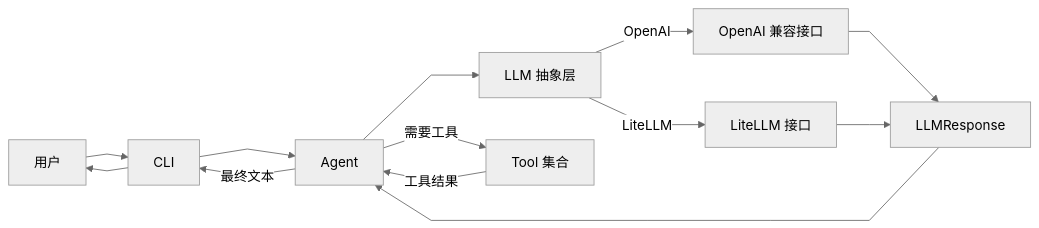
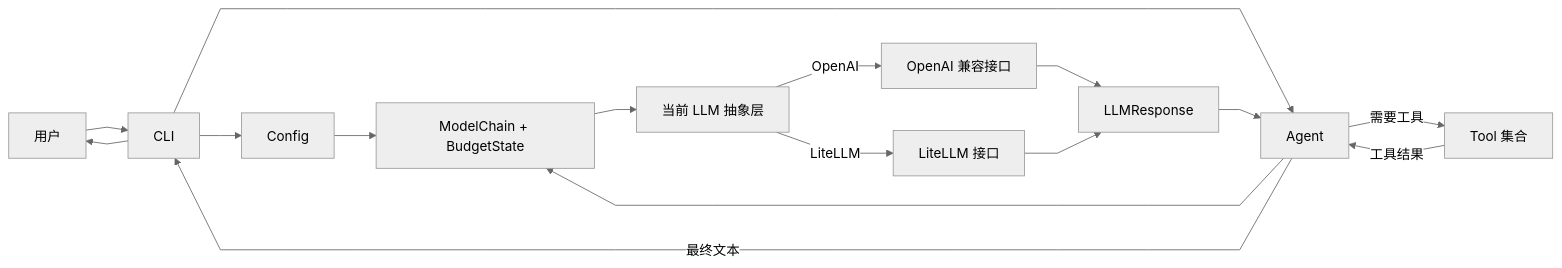
Before and after one commit to Zorinman/AI-CoreCoder: the first of 3 diagrams in CoreCoder/docs/本项目相关/Structure.md, drawn with Mermaid (neutral theme). The commit also changed other lines of this file and 20 other files, not shown here.

````diff
--- a/CoreCoder/docs/本项目相关/Structure.md
+++ b/CoreCoder/docs/本项目相关/Structure.md
@@ -537,16 +589,19 @@
 ```mermaid
 %%{init: {"flowchart": {"curve": "linear"}}}%%
 flowchart LR
     U["用户"] --> CLI["CLI"]
+    CLI --> CFG["Config"]
+    CFG --> CHAIN["ModelChain + BudgetState"]
     CLI --> A["Agent"]
-    A --> LLM["LLM 抽象层"]
+    A --> CHAIN
+    CHAIN --> LLM["当前 LLM 抽象层"]
     LLM -->|OpenAI| OAI["OpenAI 兼容接口"]
     LLM -->|LiteLLM| LITE["LiteLLM 接口"]
     OAI --> RESP["LLMResponse"]
     LITE --> RESP
     RESP --> A
     A -->|需要工具| TOOLS["Tool 集合"]
     TOOLS -->|工具结果| A
     A -->|最终文本| CLI
     CLI --> U
 ```
````
